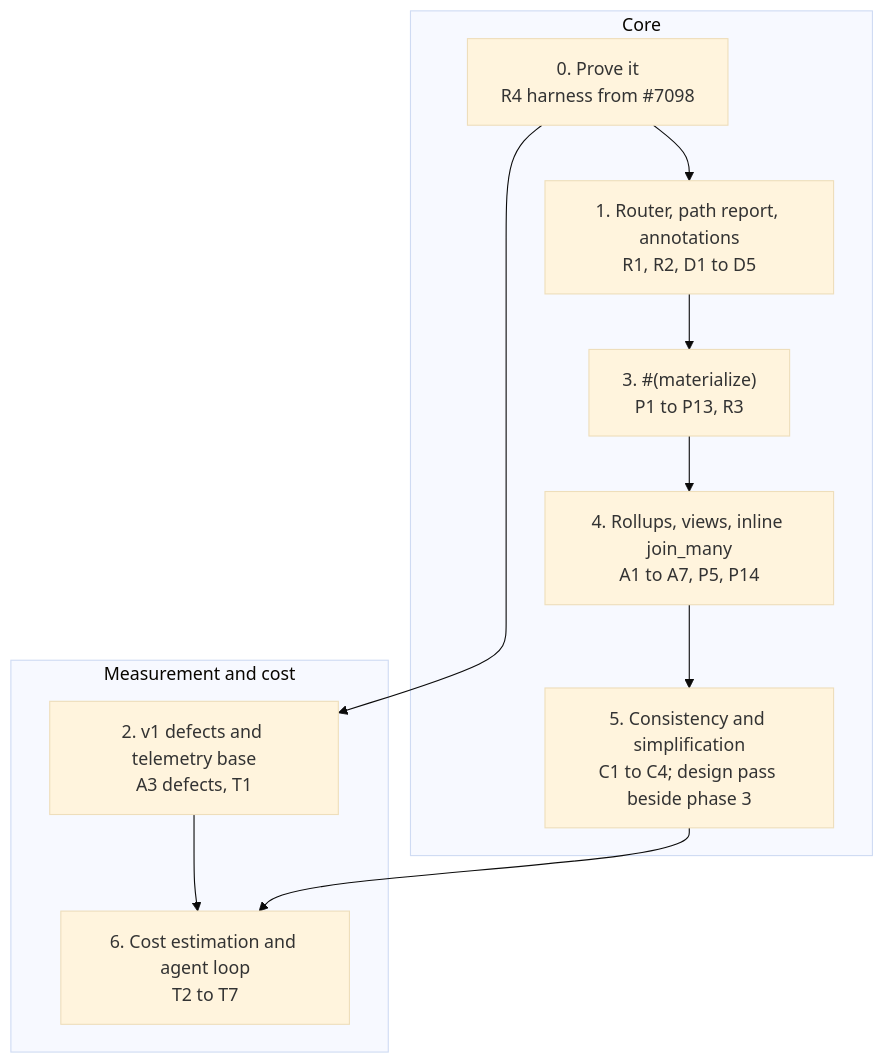
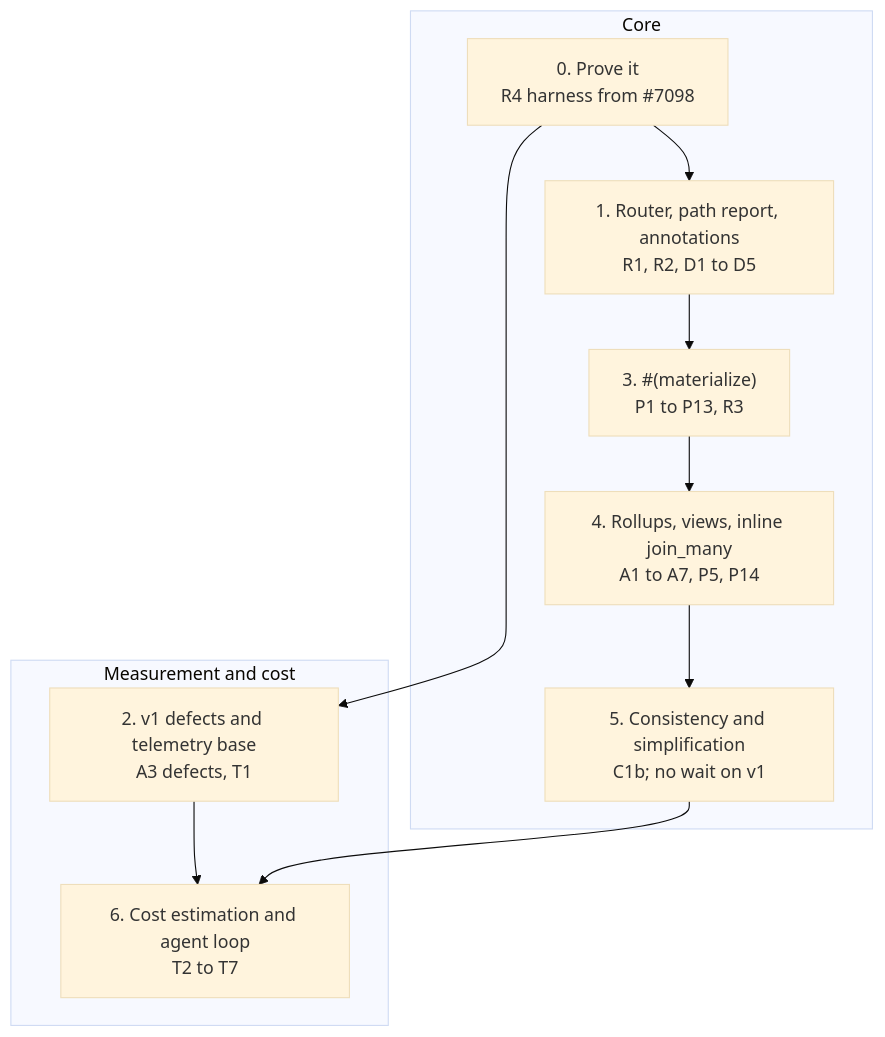
Before and after one commit to malloydata/publisher: the second of 2 diagrams in docs/materialization-v2-plan.md, drawn with Mermaid (base theme). The commit also changed other lines of this file, not shown here.

````diff
--- a/docs/materialization-v2-plan.md
+++ b/docs/materialization-v2-plan.md
@@ -272,21 +272,21 @@
 ```mermaid
 flowchart TB
   subgraph Core
     P0["0. Prove it<br/>R4 harness from #7098"]
     P1["1. Router, path report, annotations<br/>R1, R2, D1 to D5"]
     P3["3. #(materialize)<br/>P1 to P13, R3"]
     P4["4. Rollups, views, inline join_many<br/>A1 to A7, P5, P14"]
-    P5["5. Consistency and simplification<br/>C1 to C4; design pass beside phase 3"]
+    P5["5. Consistency and simplification<br/>C1b; no wait on v1"]
   end
   subgraph Measurement and cost
     P2["2. v1 defects and telemetry base<br/>A3 defects, T1"]
     P6["6. Cost estimation and agent loop<br/>T2 to T7"]
   end
   P0 --> P1
   P0 --> P2
   P1 --> P3
   P3 --> P4
   P4 --> P5
   P2 --> P6
   P5 --> P6
 ```
````
